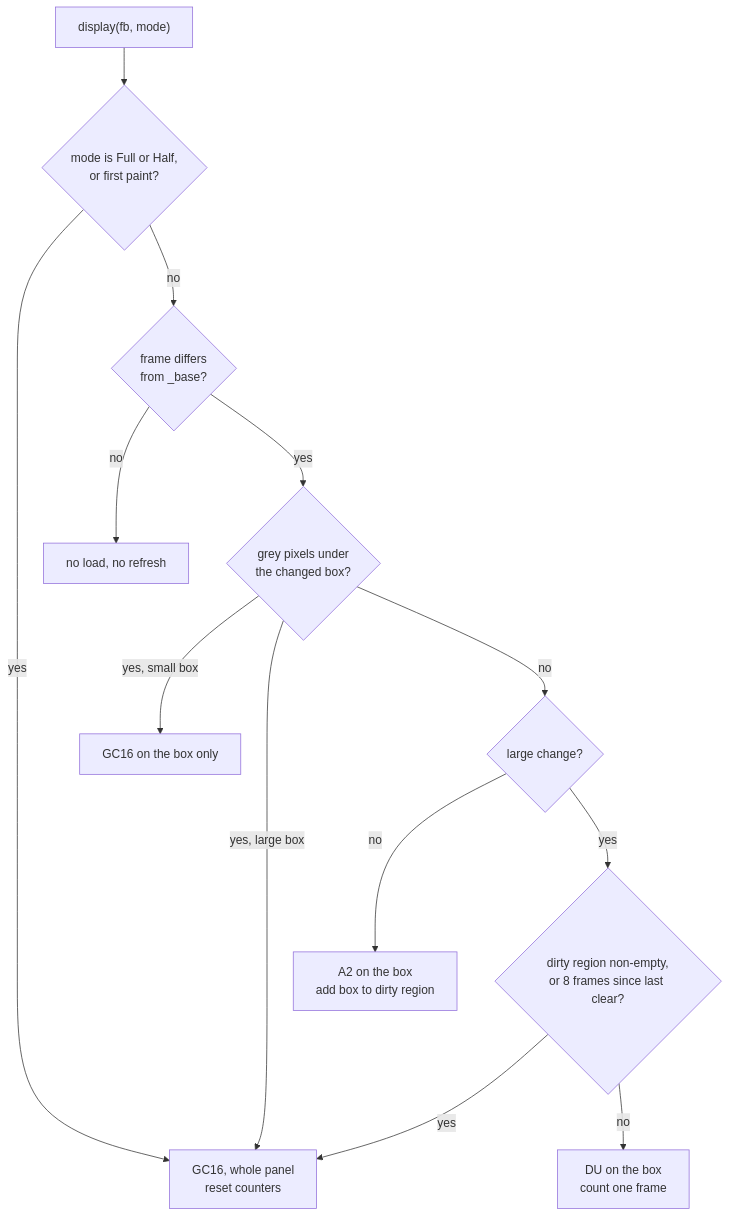
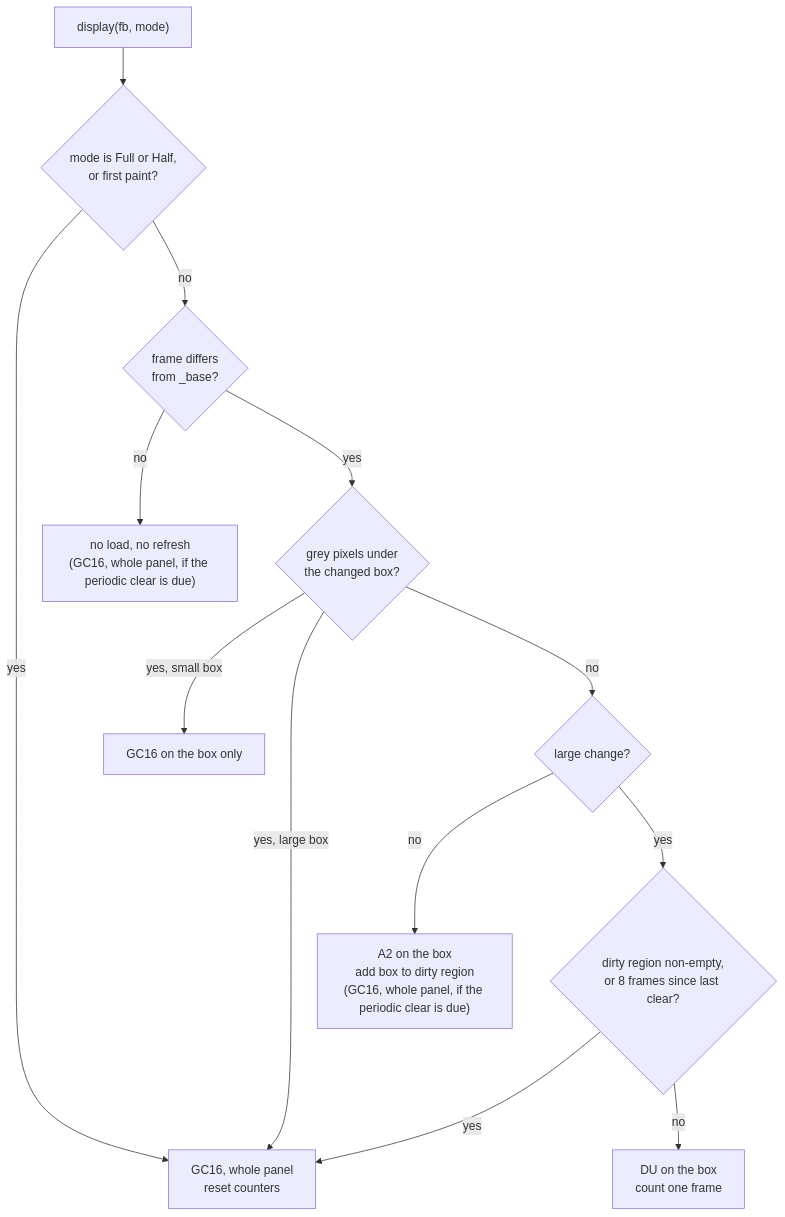
One commit to SaiduthE/e-Minimal changed the fourth of 6 diagrams in docs/eminimal/02-display-pipeline.md. Above: the diagram before and after it, drawn with Mermaid. The commit also changed other lines of this file and 6 other files, not shown here.

````diff
--- a/docs/eminimal/02-display-pipeline.md
+++ b/docs/eminimal/02-display-pipeline.md
@@ -451,15 +452,15 @@
 ```mermaid
 flowchart TD
     S["display(fb, mode)"] --> Q0{"mode is Full or Half,<br/>or first paint?"}
     Q0 -- yes --> GC["GC16, whole panel<br/>reset counters"]
     Q0 -- no --> Q1{"frame differs<br/>from _base?"}
-    Q1 -- no --> NOP["no load, no refresh"]
+    Q1 -- no --> NOP["no load, no refresh<br/>(GC16, whole panel, if the periodic clear is due)"]
     Q1 -- yes --> Q2{"grey pixels under<br/>the changed box?"}
     Q2 -- "yes, small box" --> GCB["GC16 on the box only"]
     Q2 -- "yes, large box" --> GC
     Q2 -- no --> Q3{"large change?"}
-    Q3 -- no --> A2["A2 on the box<br/>add box to dirty region"]
+    Q3 -- no --> A2["A2 on the box<br/>add box to dirty region<br/>(GC16, whole panel, if the periodic clear is due)"]
     Q3 -- yes --> Q4{"dirty region non-empty,<br/>or 8 frames since last clear?"}
     Q4 -- yes --> GC
     Q4 -- no --> DU["DU on the box<br/>count one frame"]
 ```
````
